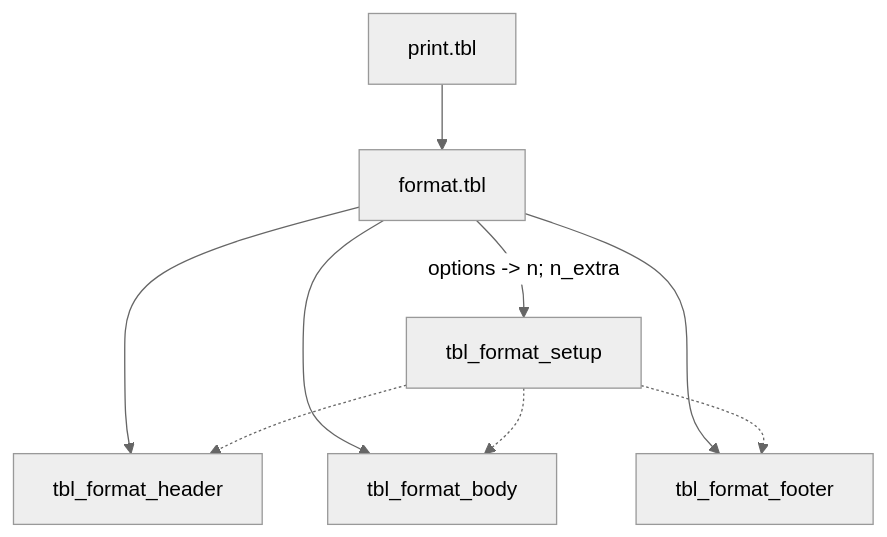
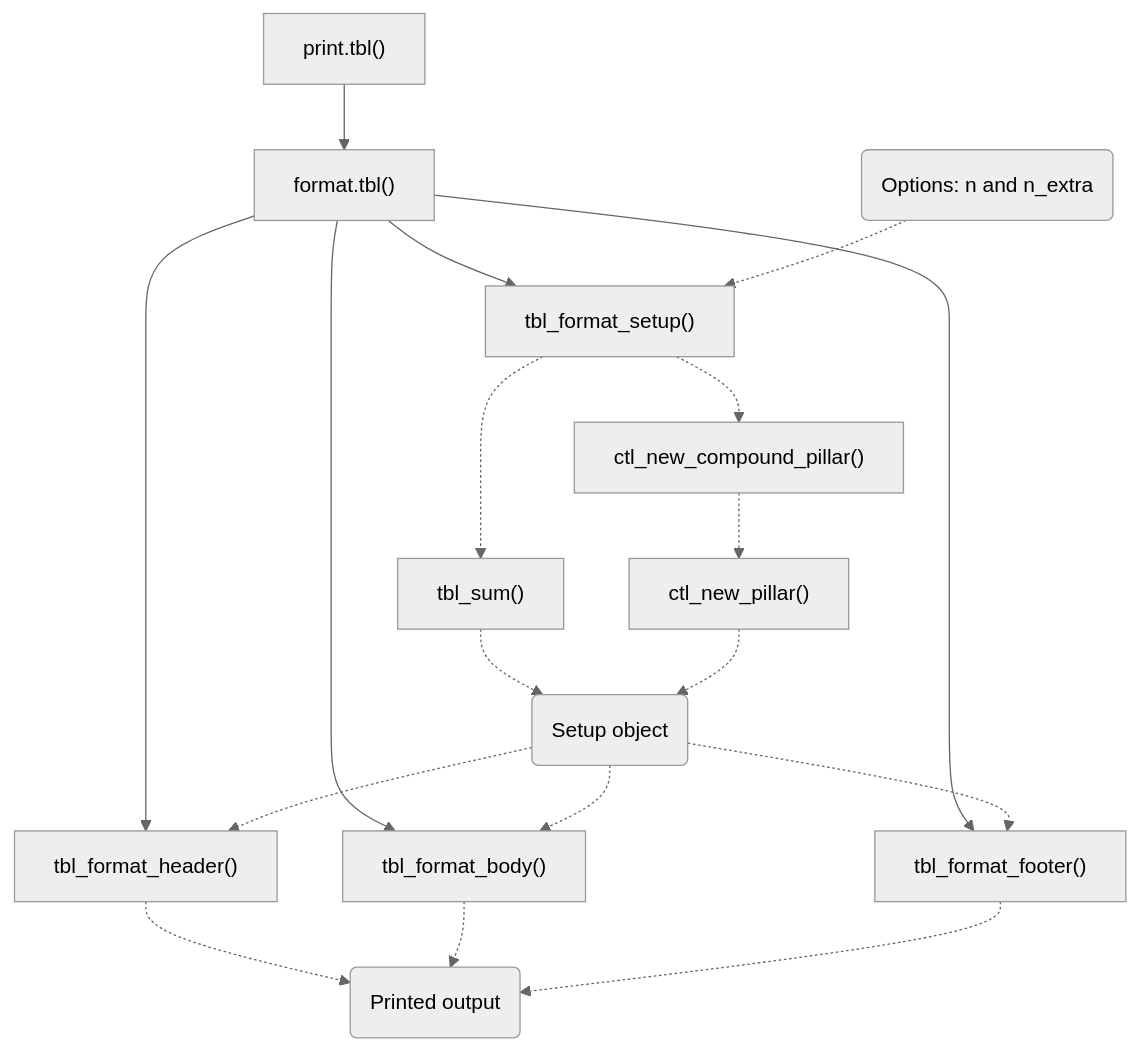
Before and after one commit to r-lib/pillar: the diagram in vignettes/format.mmd, drawn with Mermaid (neutral theme).

Commit message:
Setup object

```diff
--- a/vignettes/format.mmd
+++ b/vignettes/format.mmd
@@ -1,9 +1,18 @@
 graph TD
-  print.tbl --> format.tbl
-  format.tbl -- "options -> n; n_extra" --> tbl_format_setup
-  format.tbl --> tbl_format_header
-  format.tbl --> tbl_format_body
-  format.tbl --> tbl_format_footer
-  tbl_format_setup -.-> tbl_format_header
-  tbl_format_setup -.-> tbl_format_body
-  tbl_format_setup -.-> tbl_format_footer
+  print.tbl["print.tbl()"] --> format.tbl["format.tbl()"]
+  format.tbl --> tbl_format_setup["tbl_format_setup()"]
+  options(Options: n and n_extra) -.-> tbl_format_setup
+  format.tbl --> tbl_format_header["tbl_format_header()"]
+  format.tbl --> tbl_format_body["tbl_format_body()"]
+  format.tbl --> tbl_format_footer["tbl_format_footer()"]
+  tbl_format_setup -.-> tbl_sum["tbl_sum()"]
+  tbl_sum -.-> setup(Setup object)
+  tbl_format_setup -.-> ctl_new_compound_pillar["ctl_new_compound_pillar()"]
+  ctl_new_compound_pillar -.-> ctl_new_pillar["ctl_new_pillar()"]
+  ctl_new_pillar -.-> setup(Setup object)
+  setup -.-> tbl_format_header
+  setup -.-> tbl_format_body
+  setup -.-> tbl_format_footer
+  tbl_format_header -.-> print(Printed output)
+  tbl_format_body -.-> print
+  tbl_format_footer -.-> print
```
